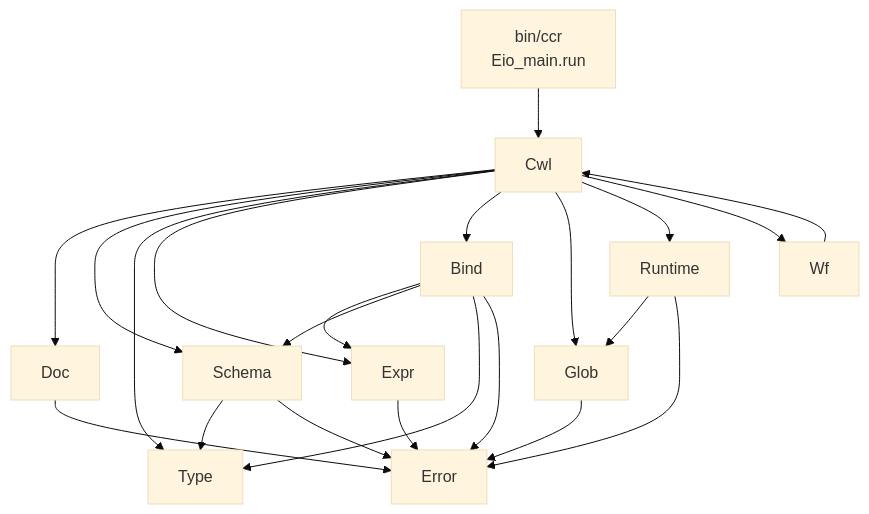
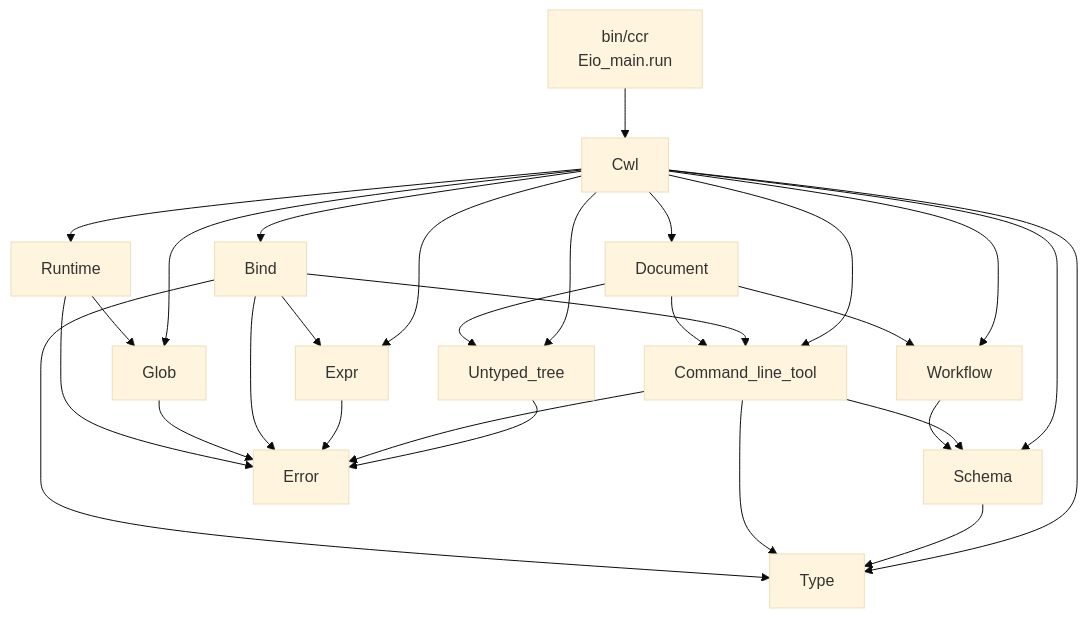
One commit to vjaganat90/caml-cwl-runner changed the first of 2 diagrams in design_docs/runner.md. Above: the diagram before and after it, drawn with Mermaid (base theme). The commit also changed other lines of this file and 21 other files, not shown here.

Commit message:
refactor: accurately renamed Doc to Untype_tree and clear CommandLineTool and Workflow modules

````diff
--- a/design_docs/runner.md
+++ b/design_docs/runner.md
@@ -46,24 +47,31 @@
 ```mermaid
 flowchart TB
   CLI["bin/ccr\nEio_main.run"] --> Facade["Cwl"]
-  Facade --> Doc
+  Facade --> Untyped_tree
+  Facade --> Document
   Facade --> Schema
+  Facade --> Command_line_tool
+  Facade --> Workflow
   Facade --> Type
   Facade --> Expr
   Facade --> Bind
   Facade --> Glob
   Facade --> Runtime
-  Facade --> Wf["Wf"]
   Schema --> Type
+  Command_line_tool --> Schema
+  Workflow --> Schema
+  Command_line_tool --> Type
   Bind --> Expr
-  Bind --> Schema
+  Bind --> Command_line_tool
   Bind --> Type
+  Document --> Command_line_tool
+  Document --> Workflow
   Runtime --> Glob
-  Wf --> Facade
-  Doc --> Error
-  Schema --> Error
+  Untyped_tree --> Error
+  Command_line_tool --> Error
+  Document --> Untyped_tree
   Expr --> Error
   Bind --> Error
   Glob --> Error
   Runtime --> Error
 ```
````
